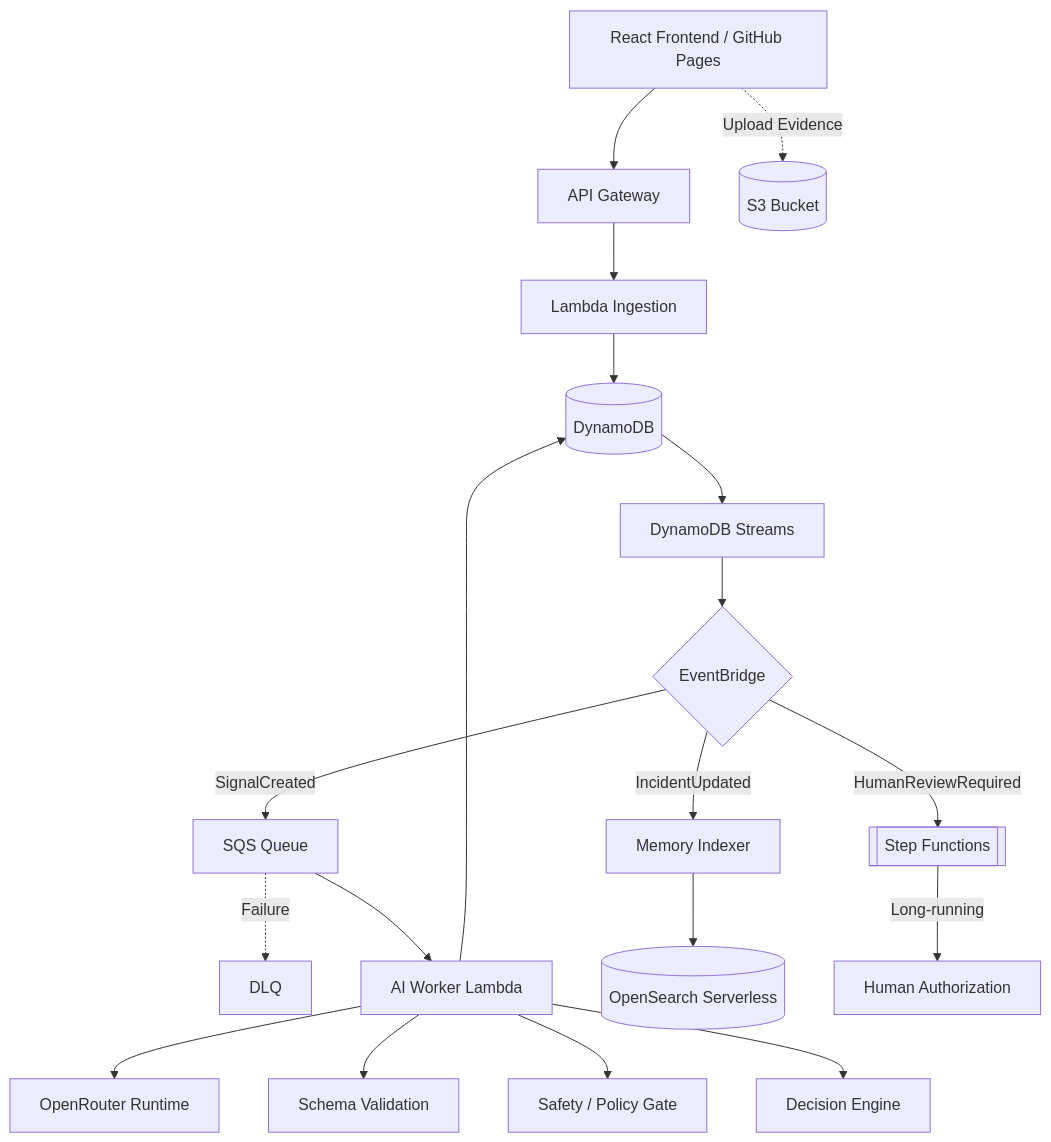
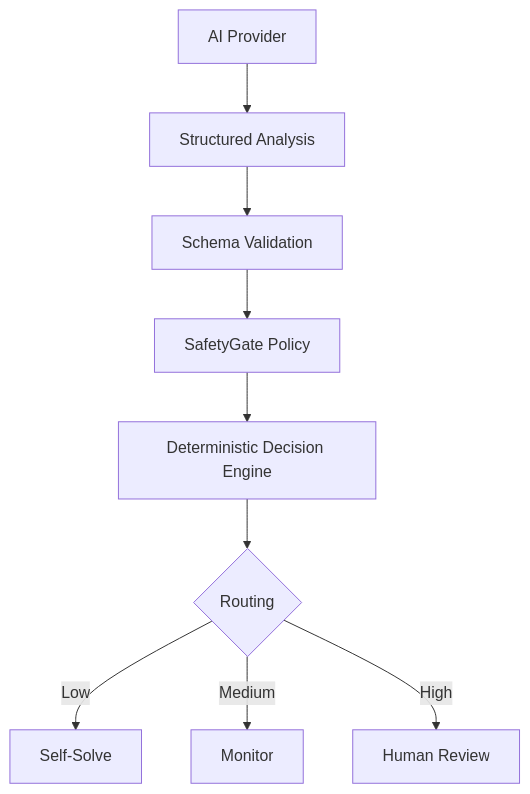
The second of 3 diagrams in README.md (jackso1328/report-to-me-ai), drawn with Mermaid before and after one commit. The commit also changed other lines of this file, not shown here.

````diff
--- a/README.md
+++ b/README.md
@@ -142,27 +164,11 @@
 ```mermaid
 flowchart TD
-    UI[React Frontend / GitHub Pages] --> API[API Gateway]
-    UI -.->|Upload Evidence| S3[(S3 Bucket)]
-    
-    API --> Ingest[Lambda Ingestion]
-    Ingest --> DDB[(DynamoDB)]
-    
-    DDB --> Stream[DynamoDB Streams]
-    Stream --> EB{EventBridge}
-    
-    EB -->|SignalCreated| SQS[SQS Queue]
-    SQS -.->|Failure| DLQ[DLQ]
-    
-    SQS --> AIWorker[AI Worker Lambda]
-    AIWorker --> OR[OpenRouter Runtime]
-    AIWorker --> Schema[Schema Validation]
-    AIWorker --> Safety[Safety / Policy Gate]
-    AIWorker --> Decision[Decision Engine]
-    AIWorker --> DDB
-    
-    EB -->|IncidentUpdated| Indexer[Memory Indexer]
-    Indexer --> OpenSearch[(OpenSearch Serverless)]
-    
-    EB -->|HumanReviewRequired| StepFunctions[[Step Functions]]
-    StepFunctions -->|Long-running| HumanAuth[Human Authorization]
+    Provider[AI Provider] --> Output[Structured Analysis]
+    Output --> Schema[Schema Validation]
+    Schema --> Safety[SafetyGate Policy]
+    Safety --> Engine[Deterministic Decision Engine]
+    Engine --> Paths{Routing}
+    Paths -->|Low| SelfSolve[Self-Solve]
+    Paths -->|Medium| Monitor[Monitor]
+    Paths -->|High| HumanReview[Human Review]
 ```
````
